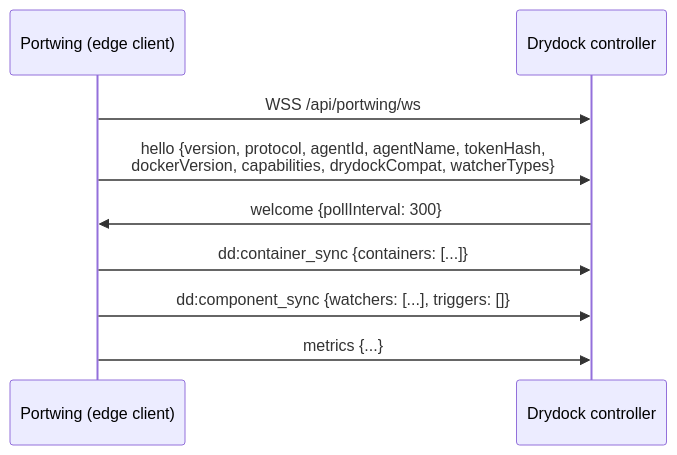
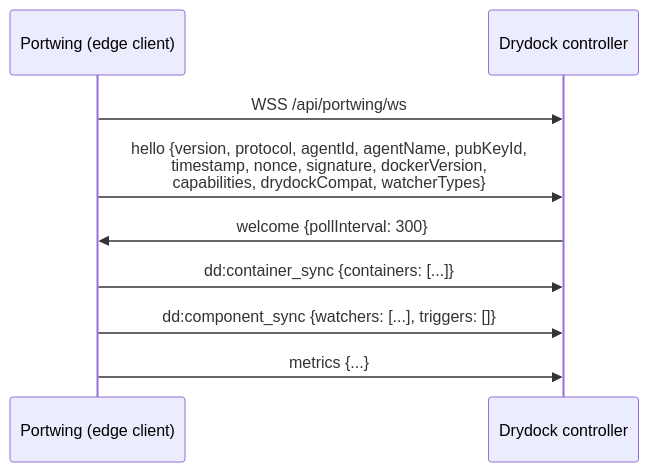
Before and after one commit to CodesWhat/portwing: the third of 3 diagrams in docs/drydock-integration.md, drawn with Mermaid. The commit also changed other lines of this file and 7 other files, not shown here.

First line of the commit message:
📝 docs: correct version references and clarify edge protocol

````diff
--- a/docs/drydock-integration.md
+++ b/docs/drydock-integration.md
@@ -75,11 +75,11 @@
 ```mermaid
 sequenceDiagram
     participant L as Portwing (edge client)
     participant D as Drydock controller
     L->>D: WSS /api/portwing/ws
-    L->>D: hello {version, protocol, agentId, agentName, tokenHash,<br/>dockerVersion, capabilities, drydockCompat, watcherTypes}
+    L->>D: hello {version, protocol, agentId, agentName, pubKeyId,<br/>timestamp, nonce, signature, dockerVersion,<br/>capabilities, drydockCompat, watcherTypes}
     D->>L: welcome {pollInterval: 300}
     L->>D: dd:container_sync {containers: [...]}
     L->>D: dd:component_sync {watchers: [...], triggers: []}
     L->>D: metrics {...}
 ```
````
